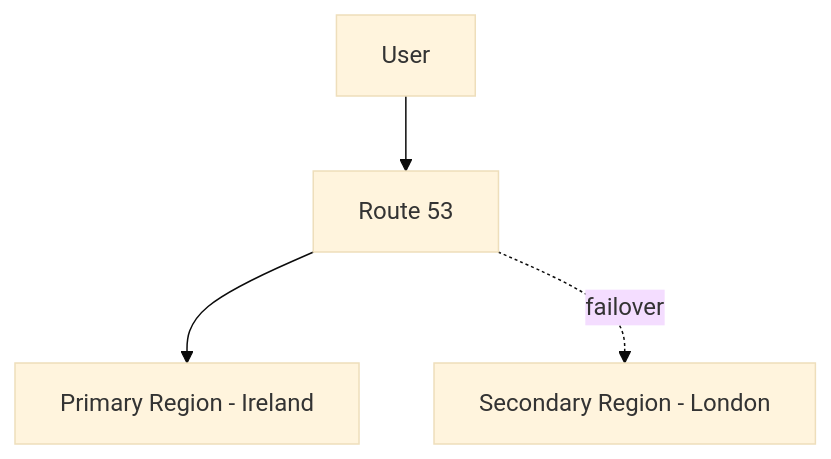
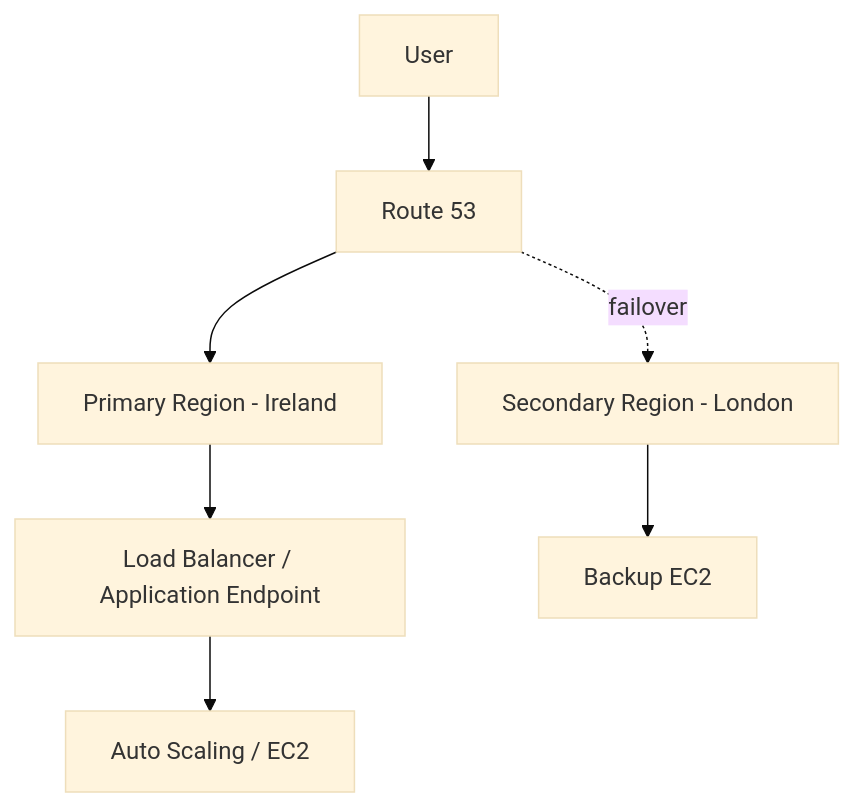
One commit to maberguido/cloud-portfolio-guido changed the diagram in project-3-high-availability/README.md. Above: the diagram before and after it, drawn with Mermaid (base theme). The commit also changed other lines of this file, not shown here.

````diff
--- a/project-3-high-availability/README.md
+++ b/project-3-high-availability/README.md
@@ -40,11 +40,15 @@
 ```mermaid
 flowchart TD
     A[User]
     B[Route 53]
     C[Primary Region - Ireland]
-    D[Secondary Region - London]
+    D[Load Balancer / Application Endpoint]
+    E[Auto Scaling / EC2]
+    F[Secondary Region - London]
+    G[Backup EC2]
 
     A --> B
     B --> C
-    B -. failover .-> D
+    C --> D --> E
+    B -. failover .-> F --> G
 ```
````
